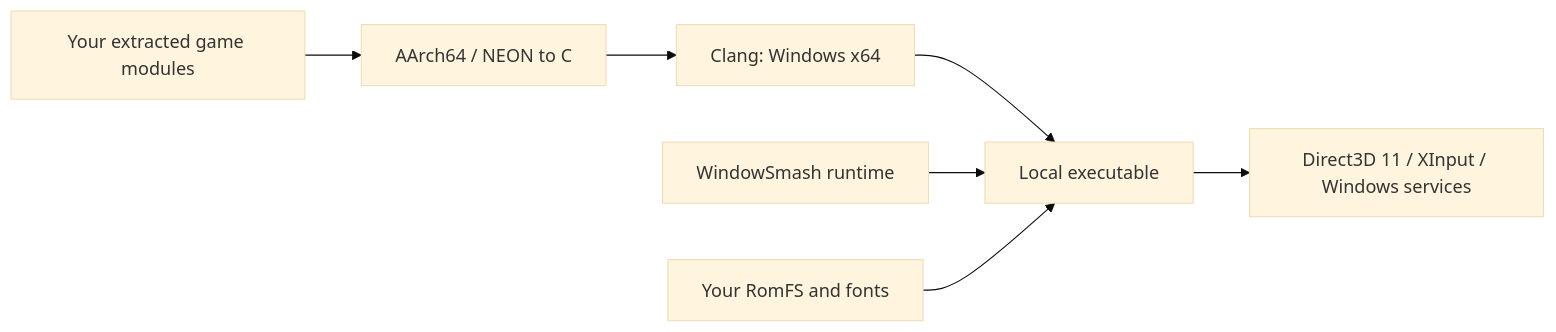
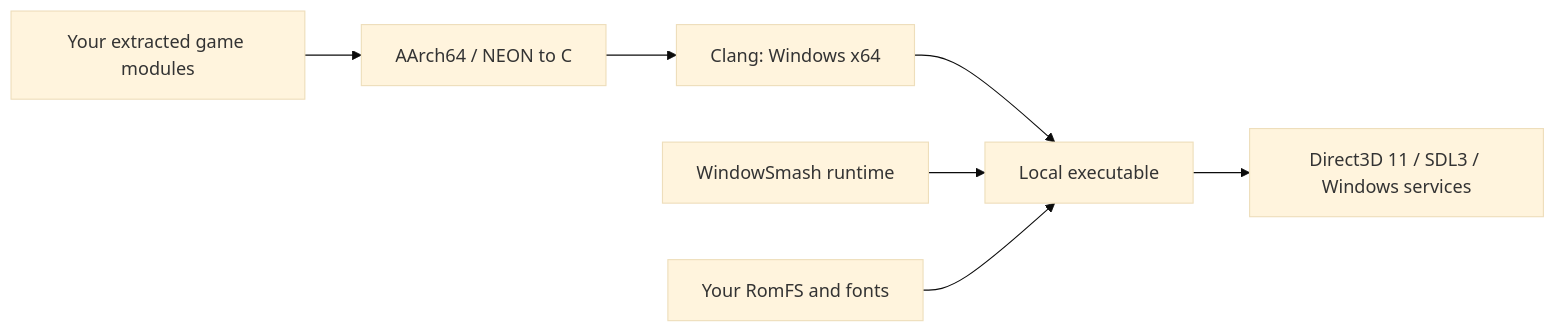
The diagram in README.md (AlexisDJassoF/WindowSmash), drawn with Mermaid (base theme) before and after one commit. The commit also changed other lines of this file and 4 other files, not shown here.

````diff
--- a/README.md
+++ b/README.md
@@ -116,9 +138,9 @@
 ```mermaid
 flowchart LR
     A[Your extracted game modules] --> B[AArch64 / NEON to C]
     B --> C[Clang: Windows x64]
     C --> D[Local executable]
     E[WindowSmash runtime] --> D
     F[Your RomFS and fonts] --> D
-    D --> G[Direct3D 11 / XInput / Windows services]
+    D --> G[Direct3D 11 / SDL3 / Windows services]
 ```
````
